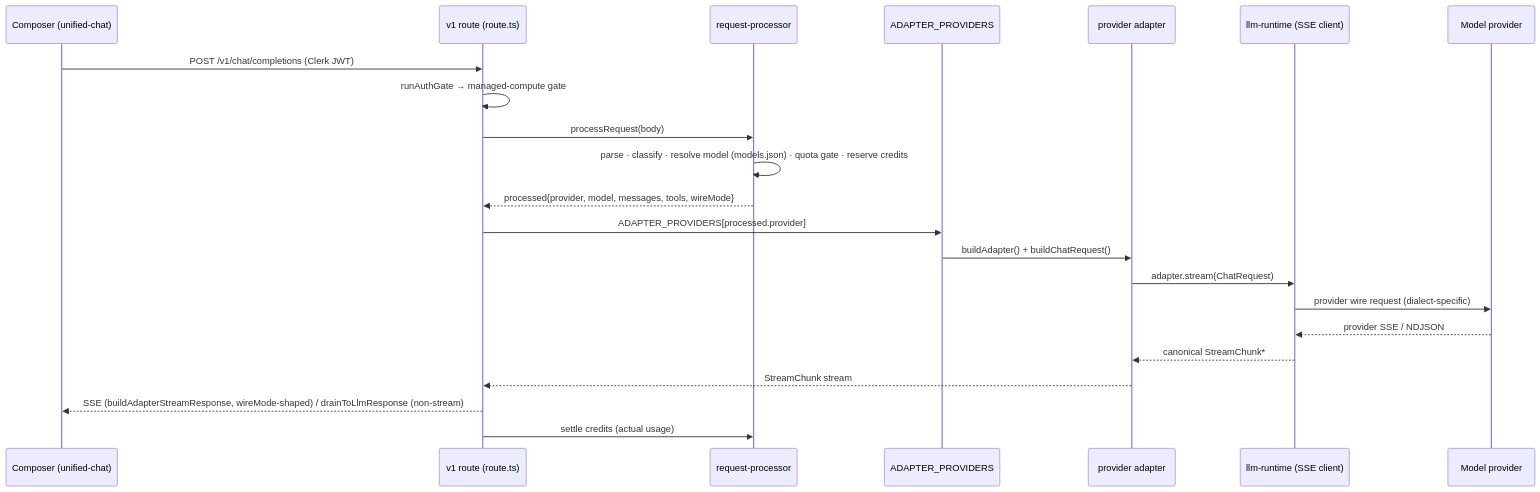
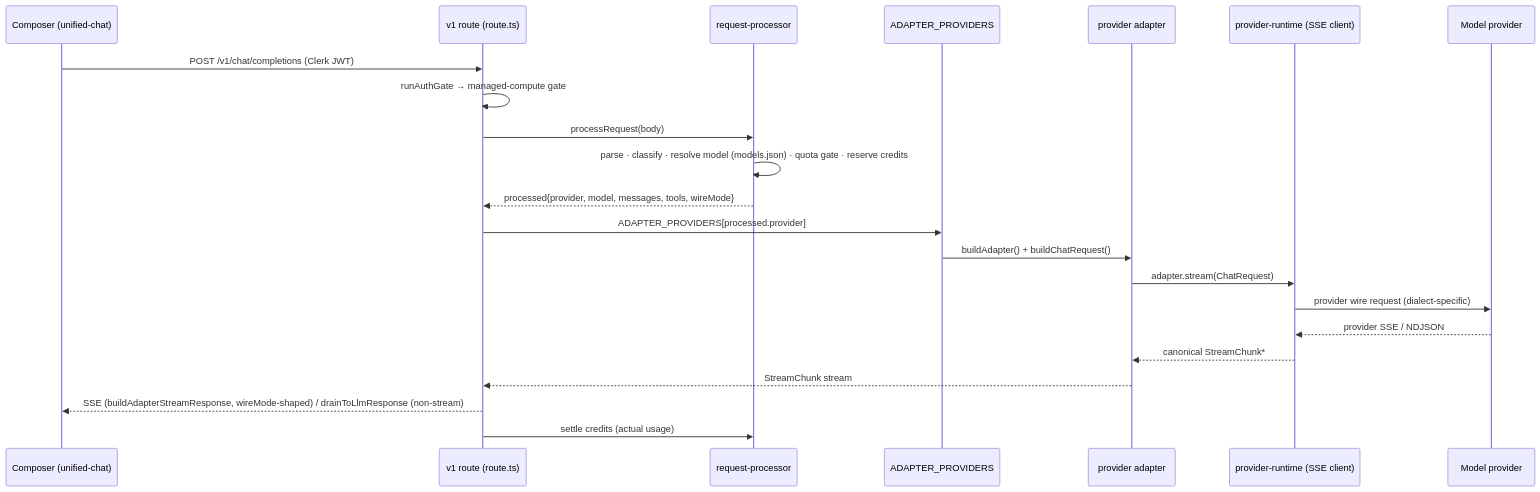
One commit to siddharthanagula3/agiworkforce changed the diagram in docs/architecture/reverse-engineering/03-ai-runtime-and-routing.md. Above: the diagram before and after it, drawn with Mermaid. The commit also changed other lines of this file and 395 other files, not shown here.

````diff
--- a/docs/architecture/reverse-engineering/03-ai-runtime-and-routing.md
+++ b/docs/architecture/reverse-engineering/03-ai-runtime-and-routing.md
@@ -22,25 +22,25 @@
 ```mermaid
 sequenceDiagram
   participant C as Composer (unified-chat)
   participant R as v1 route (route.ts)
   participant P as request-processor
   participant A as ADAPTER_PROVIDERS
   participant PA as provider adapter
-  participant RT as llm-runtime (SSE client)
+  participant RT as provider-runtime (SSE client)
   participant M as Model provider
 
   C->>R: POST /v1/chat/completions (Clerk JWT)
   R->>R: runAuthGate → managed-compute gate
   R->>P: processRequest(body)
   P->>P: parse · classify · resolve model (models.json) · quota gate · reserve credits
   P-->>R: processed{provider, model, messages, tools, wireMode}
   R->>A: ADAPTER_PROVIDERS[processed.provider]
   A->>PA: buildAdapter() + buildChatRequest()
   PA->>RT: adapter.stream(ChatRequest)
   RT->>M: provider wire request (dialect-specific)
   M-->>RT: provider SSE / NDJSON
   RT-->>PA: canonical StreamChunk*
   PA-->>R: StreamChunk stream
   R-->>C: SSE (buildAdapterStreamResponse, wireMode-shaped) / drainToLlmResponse (non-stream)
-  R->>P: settle credits (actual usage) 
+  R->>P: settle credits (actual usage)
 ```
````
